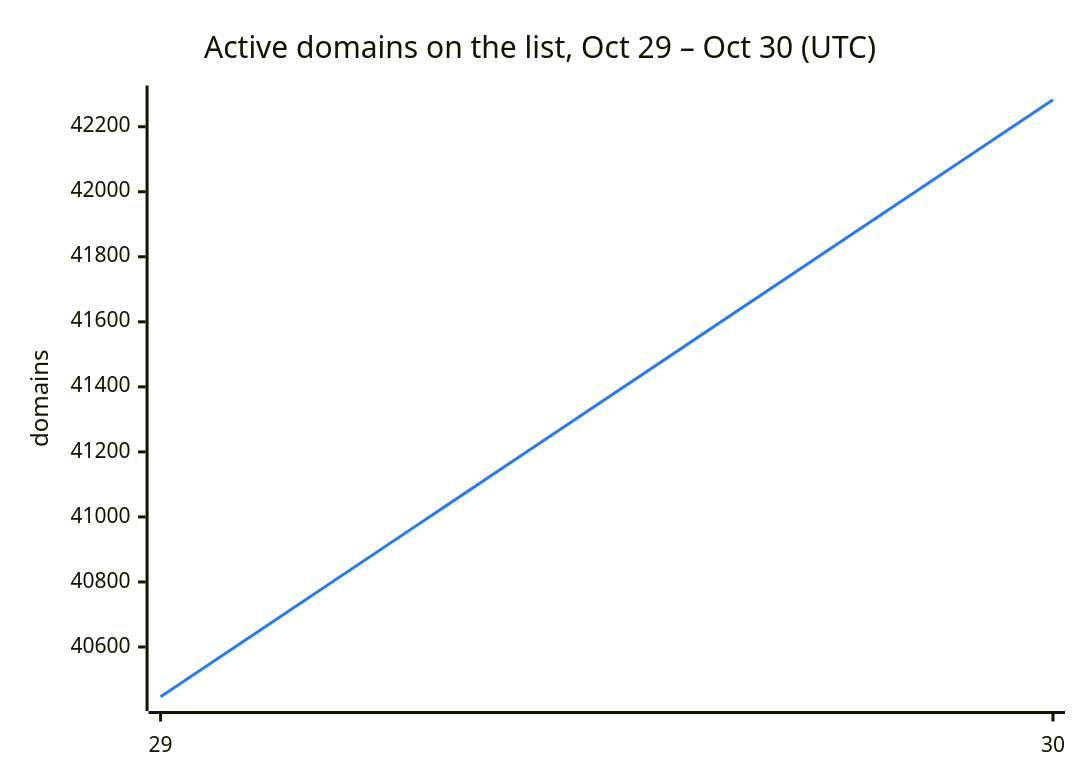
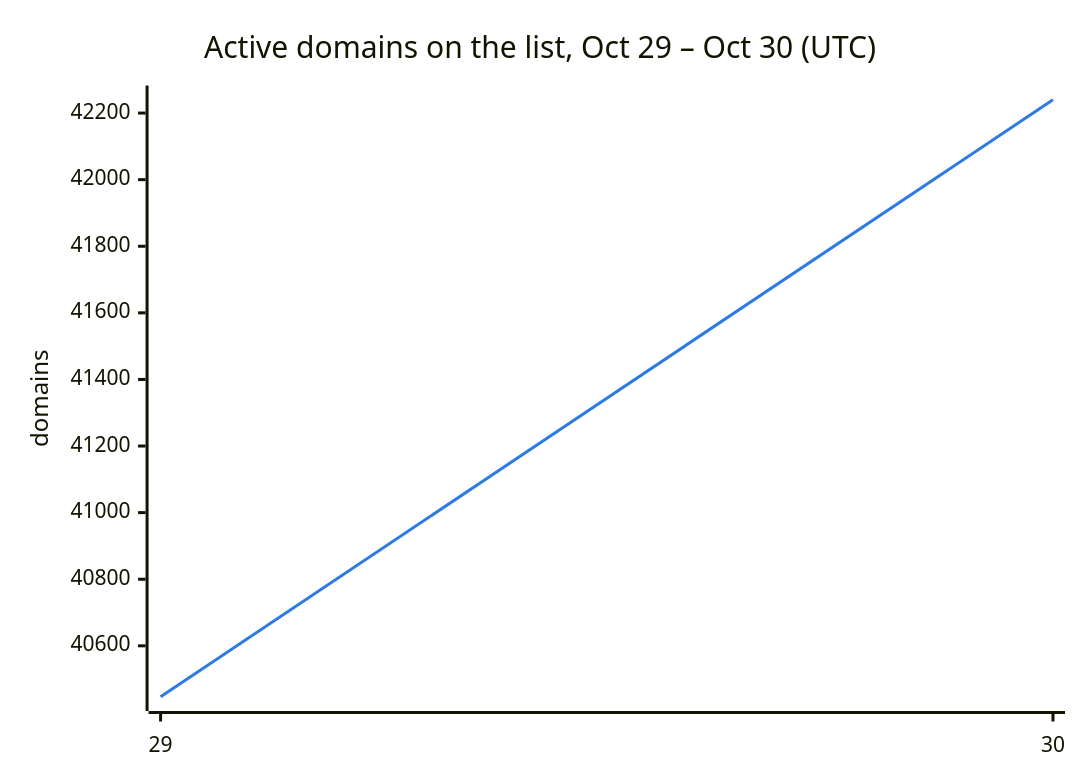
The second of 3 diagrams in README.md (DNSBunker/CTI), drawn with Mermaid before and after one commit. The commit also changed other lines of this file and 3 other files, not shown here.

````diff
--- a/README.md
+++ b/README.md
@@ -38,8 +38,8 @@
 ```mermaid
 %%{init: {"themeVariables": {"xyChart": {"plotColorPalette": "#2c7be5"}}}}%%
 xychart-beta
     title "Active domains on the list, Oct 29 – Oct 30 (UTC)"
     x-axis ["29", "30"]
     y-axis "domains"
-    line [40447, 42283]
+    line [40447, 42240]
 ```
````
